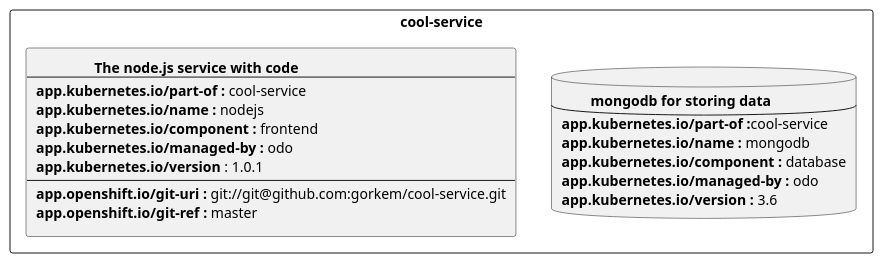
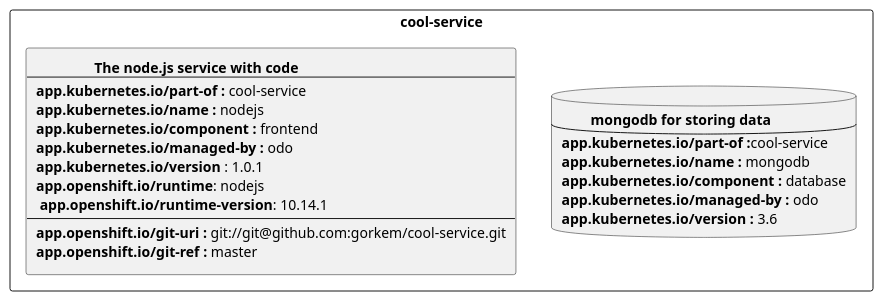
One commit to redhat-developer/app-labels changed the first of 2 diagrams in labels-annotation-for-openshift.adoc. Above: the diagram before and after it, drawn with PlantUML. The commit also changed other lines of this file, not shown here.

```diff
--- a/labels-annotation-for-openshift.adoc
+++ b/labels-annotation-for-openshift.adoc
@@ -112,30 +122,32 @@
 [plantuml]
 ----
 @startuml
 rectangle cool-service {
     database mongodb   [
                \t<b>mongodb for storing data
             ----
             <b>app.kubernetes.io/part-of :</b>cool-service
             <b>app.kubernetes.io/name :</b> mongodb
             <b>app.kubernetes.io/component :</b> database
             <b>app.kubernetes.io/managed-by :</b> odo
             <b>app.kubernetes.io/version :</b> 3.6
         ]
     rectangle nodejs   [
             \t\t<b>The node.js service with code</b>
             ----
             <b>app.kubernetes.io/part-of :</b> cool-service
             <b>app.kubernetes.io/name :</b> nodejs
             <b>app.kubernetes.io/component :</b> frontend
             <b>app.kubernetes.io/managed-by :</b> odo
             <b>app.kubernetes.io/version</b> : 1.0.1
+            <b>app.openshift.io/runtime</b>: nodejs
+            <b> app.openshift.io/runtime-version</b>: 10.14.1
             ----
             <b>app.openshift.io/git-uri :</b> git://git@github.com:gorkem/cool-service.git
             <b>app.openshift.io/git-ref :</b> master
         ]
 
 }
 
 @enduml
 ----
```
